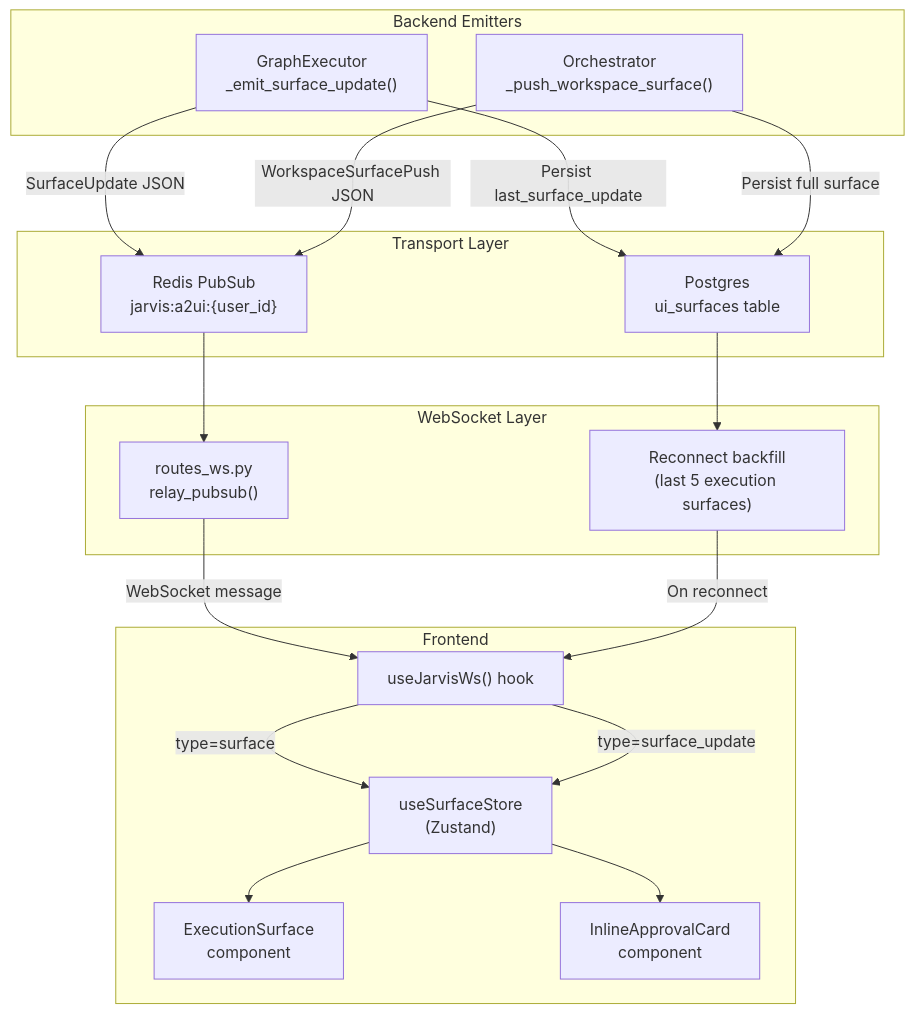
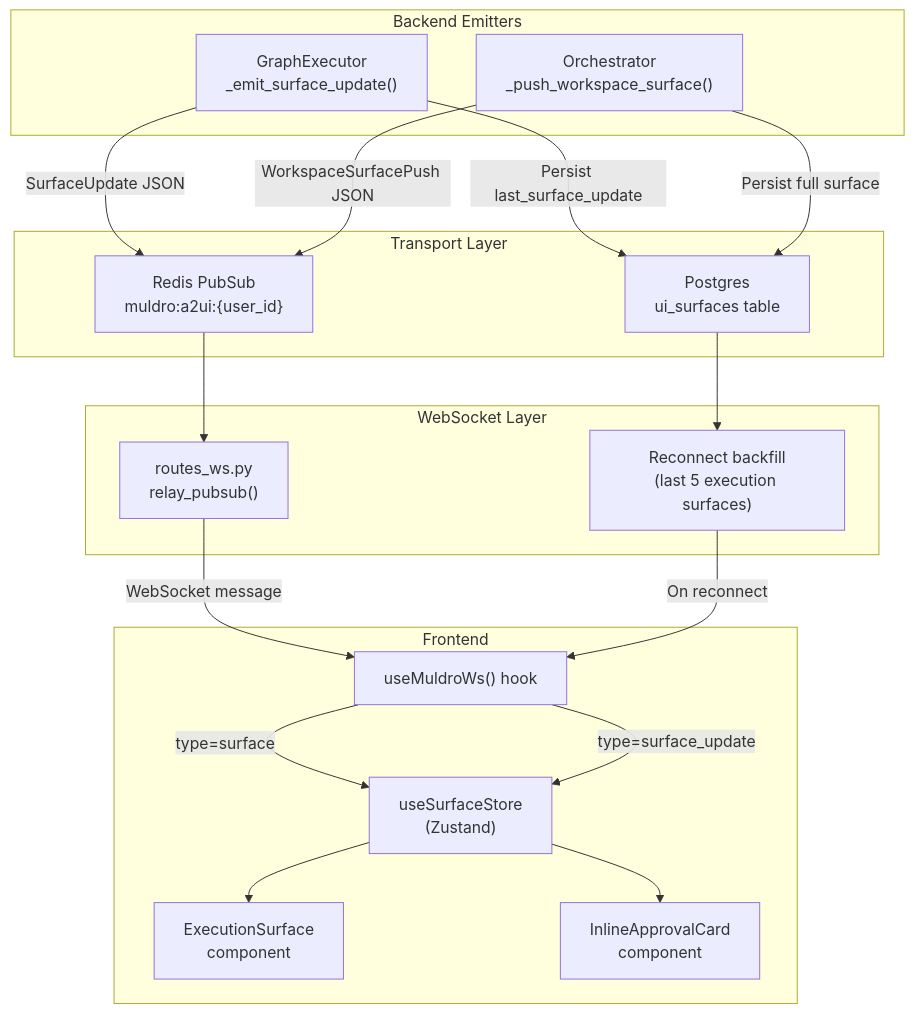
Diagram 13 of 17 in docs/architecture/plan-execution-deep-dive.md (shivadharmi/muldro), drawn with Mermaid before and after one commit. The commit also changed other lines of this file and 359 other files, not shown here.

First line of the commit message:
chore: rebrand Jarvis to Muldro across the codebase

````diff
--- a/docs/architecture/plan-execution-deep-dive.md
+++ b/docs/architecture/plan-execution-deep-dive.md
@@ -693,41 +693,41 @@
 ```mermaid
 flowchart TD
     subgraph "Backend Emitters"
         GE["GraphExecutor<br/>_emit_surface_update()"]
         ORCH["Orchestrator<br/>_push_workspace_surface()"]
     end
 
     subgraph "Transport Layer"
-        REDIS["Redis PubSub<br/>jarvis:a2ui:{user_id}"]
+        REDIS["Redis PubSub<br/>muldro:a2ui:{user_id}"]
         DB_PERSIST["Postgres<br/>ui_surfaces table"]
     end
 
     subgraph "WebSocket Layer"
         WS_RELAY["routes_ws.py<br/>relay_pubsub()"]
         WS_BACKFILL["Reconnect backfill<br/>(last 5 execution surfaces)"]
     end
 
     subgraph "Frontend"
-        HOOK["useJarvisWs() hook"]
+        HOOK["useMuldroWs() hook"]
         STORE["useSurfaceStore<br/>(Zustand)"]
         EXEC_SURF["ExecutionSurface<br/>component"]
         APPROVAL["InlineApprovalCard<br/>component"]
     end
 
     GE -->|"SurfaceUpdate JSON"| REDIS
     GE -->|"Persist last_surface_update"| DB_PERSIST
     ORCH -->|"WorkspaceSurfacePush JSON"| REDIS
     ORCH -->|"Persist full surface"| DB_PERSIST
 
     REDIS --> WS_RELAY
     DB_PERSIST --> WS_BACKFILL
 
     WS_RELAY -->|"WebSocket message"| HOOK
     WS_BACKFILL -->|"On reconnect"| HOOK
 
     HOOK -->|"type=surface"| STORE
     HOOK -->|"type=surface_update"| STORE
 
     STORE --> EXEC_SURF
     STORE --> APPROVAL
 ```
````
